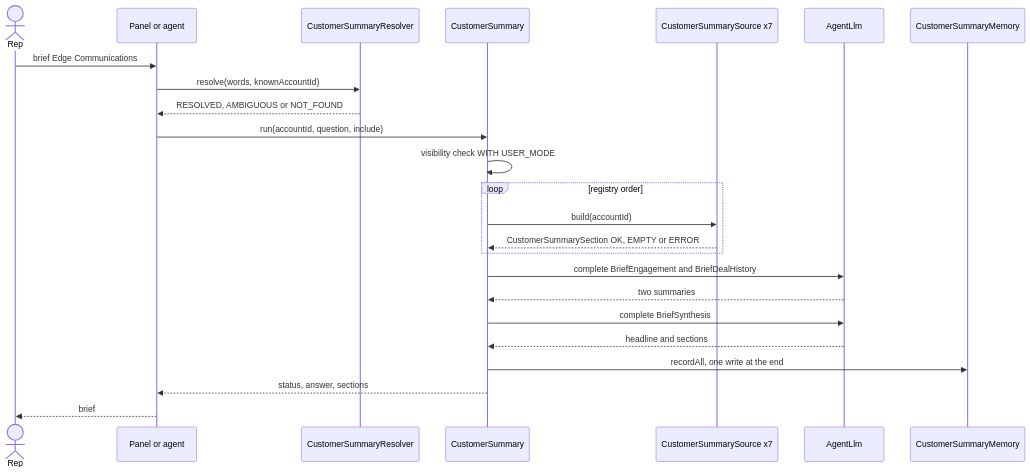
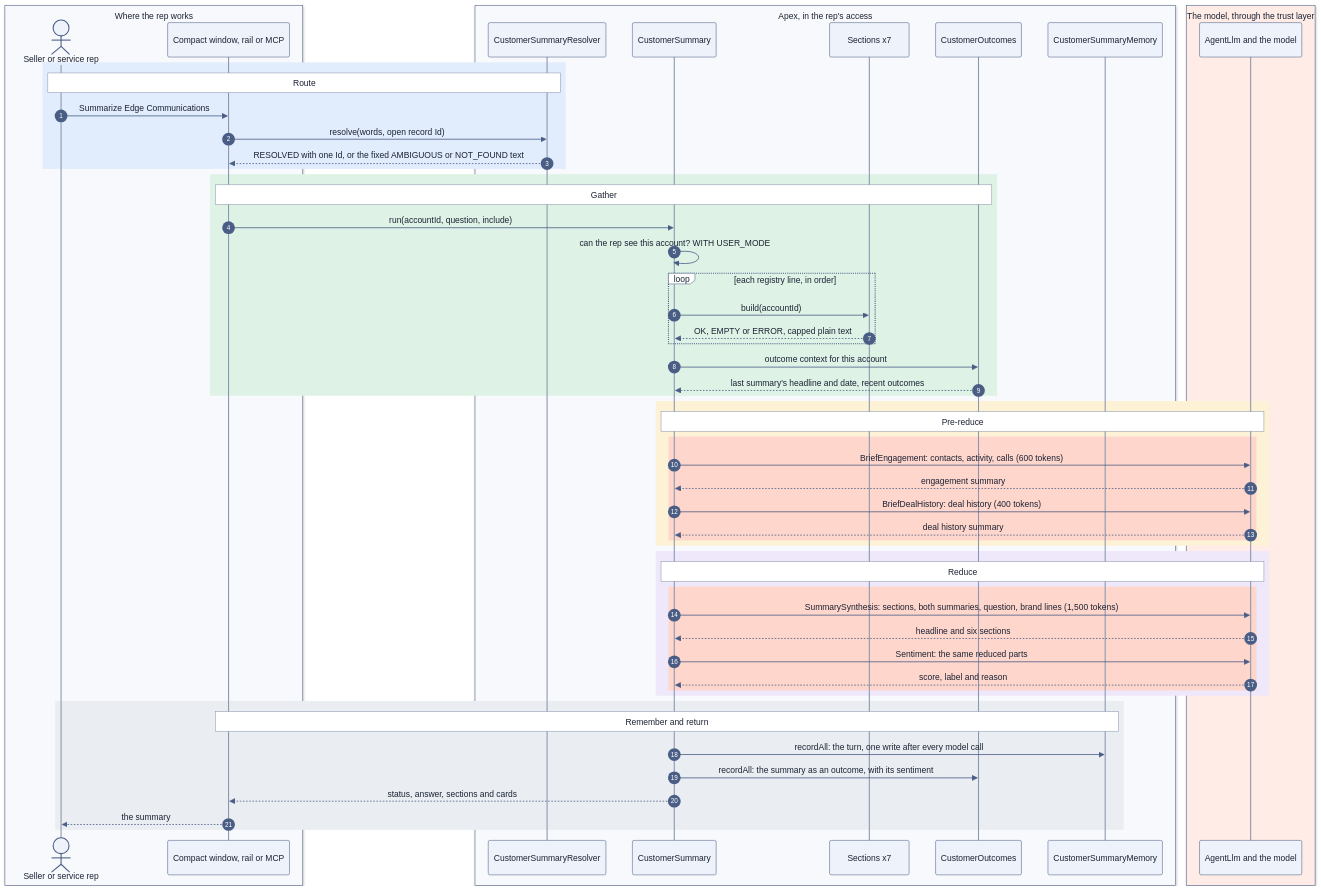
One commit to nelsben/generic-agent changed the first of 3 diagrams in docs/patterns/01-route-gather-reduce.md. Above: the diagram before and after it, drawn with Mermaid. The commit also changed other lines of this file and 3 other files, not shown here.

First line of the commit message:
OPS-38: pattern 01 as a workbook chapter, the diagram theme and the shared shape check

````diff
--- a/docs/patterns/01-route-gather-reduce.md
+++ b/docs/patterns/01-route-gather-reduce.md
@@ -18,26 +53,61 @@
 ```mermaid
+%%{init: {"theme": "base", "themeVariables": {"fontFamily": "-apple-system, BlinkMacSystemFont, Segoe UI, Helvetica, Arial, sans-serif", "fontSize": "15px", "primaryColor": "#EEF2FA", "primaryBorderColor": "#4A5D85", "primaryTextColor": "#1B2233", "secondaryColor": "#F4F6F9", "tertiaryColor": "#FFFFFF", "lineColor": "#4A5D85", "textColor": "#1B2233", "actorBkg": "#EEF2FA", "actorBorder": "#4A5D85", "actorTextColor": "#1B2233", "actorLineColor": "#8A96AD", "signalColor": "#4A5D85", "signalTextColor": "#1B2233", "labelBoxBkgColor": "#FFFFFF", "labelBoxBorderColor": "#4A5D85", "labelTextColor": "#1B2233", "loopTextColor": "#1B2233", "noteBkgColor": "#FFFFFF", "noteBorderColor": "#8A96AD", "noteTextColor": "#1B2233", "sequenceNumberColor": "#FFFFFF", "activationBkgColor": "#DDE4F2", "activationBorderColor": "#4A5D85", "clusterBkg": "#F7F9FC", "clusterBorder": "#8A96AD", "edgeLabelBackground": "#FFFFFF"}}}%%
 sequenceDiagram
-    actor U as Rep
-    participant E as Panel or agent
-    participant R as CustomerSummaryResolver
-    participant B as CustomerSummary
-    participant S as CustomerSummarySource x7
-    participant L as AgentLlm
-    participant M as CustomerSummaryMemory
-    U->>E: brief Edge Communications
-    E->>R: resolve(words, knownAccountId)
-    R-->>E: RESOLVED, AMBIGUOUS or NOT_FOUND
-    E->>B: run(accountId, question, include)
-    B->>B: visibility check WITH USER_MODE
-    loop registry order
-        B->>S: build(accountId)
-        S-->>B: CustomerSummarySection OK, EMPTY or ERROR
+    autonumber
+    box rgb(247, 249, 252) Where the rep works
+        actor U as Seller or service rep
+        participant P as Compact window, rail or MCP
     end
-    B->>L: complete BriefEngagement and BriefDealHistory
-    L-->>B: two summaries
-    B->>L: complete BriefSynthesis
-    L-->>B: headline and sections
-    B->>M: recordAll, one write at the end
-    B-->>E: status, answer, sections
-    E-->>U: brief
+    box rgb(247, 249, 252) Apex, in the rep's access
+        participant R as CustomerSummaryResolver
+        participant B as CustomerSummary
+        participant S as Sections x7
+        participant O as CustomerOutcomes
+        participant M as CustomerSummaryMemory
+    end
+    box rgb(255, 236, 230) The model, through the trust layer
+        participant L as AgentLlm and the model
+    end
+    rect rgb(225, 236, 252)
+        Note over U,R: Route
+        U->>P: Summarize Edge Communications
+        P->>R: resolve(words, open record Id)
+        R-->>P: RESOLVED with one Id, or the fixed AMBIGUOUS or NOT_FOUND text
+    end
+    rect rgb(222, 243, 230)
+        Note over P,O: Gather
+        P->>B: run(accountId, question, include)
+        B->>B: can the rep see this account? WITH USER_MODE
+        loop each registry line, in order
+            B->>S: build(accountId)
+            S-->>B: OK, EMPTY or ERROR, capped plain text
+        end
+        B->>O: outcome context for this account
+        O-->>B: last summary's headline and date, recent outcomes
+    end
+    rect rgb(253, 242, 214)
+        Note over B,L: Pre-reduce
+        rect rgb(255, 214, 204)
+            B->>L: BriefEngagement: contacts, activity, calls (600 tokens)
+            L-->>B: engagement summary
+            B->>L: BriefDealHistory: deal history (400 tokens)
+            L-->>B: deal history summary
+        end
+    end
+    rect rgb(238, 232, 250)
+        Note over B,L: Reduce
+        rect rgb(255, 214, 204)
+            B->>L: SummarySynthesis: sections, both summaries, question, brand lines (1,500 tokens)
+            L-->>B: headline and six sections
+            B->>L: Sentiment: the same reduced parts
+            L-->>B: score, label and reason
+        end
+    end
+    rect rgb(234, 238, 242)
+        Note over P,M: Remember and return
+        B->>M: recordAll: the turn, one write after every model call
+        B->>O: recordAll: the summary as an outcome, with its sentiment
+        B-->>P: status, answer, sections and cards
+        P-->>U: the summary
+    end
 ```
````
